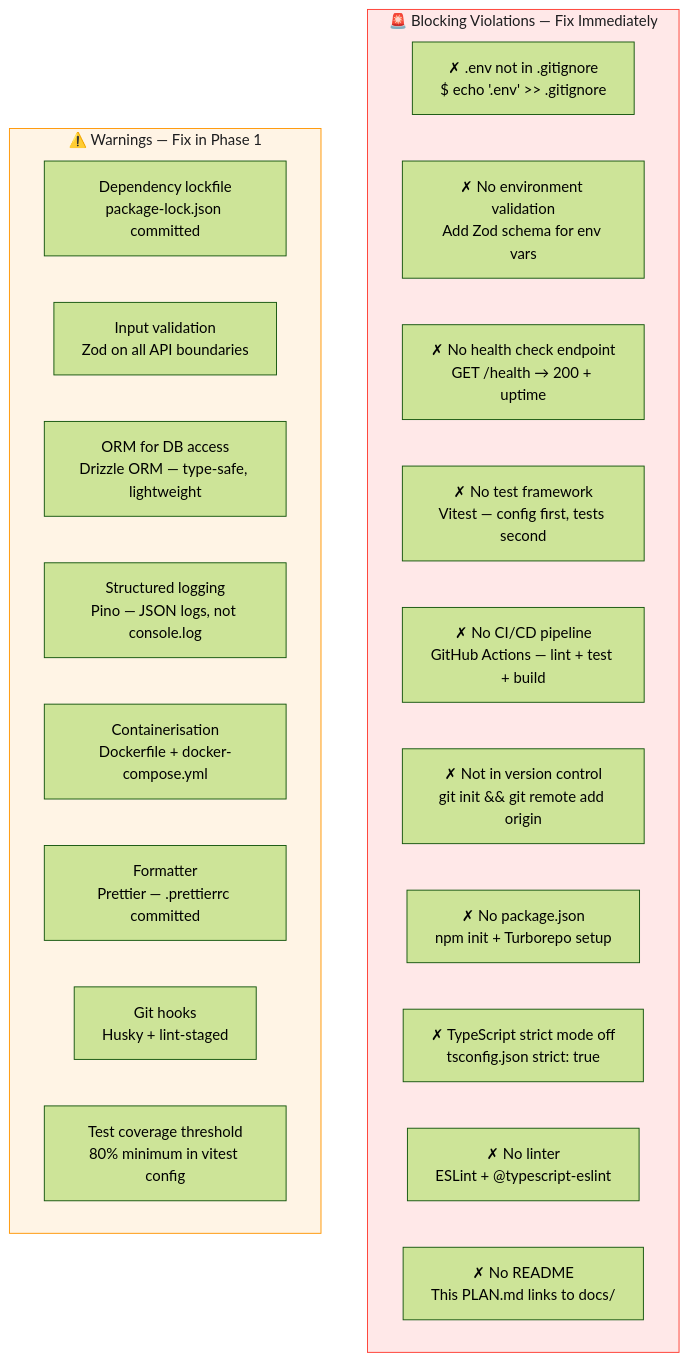
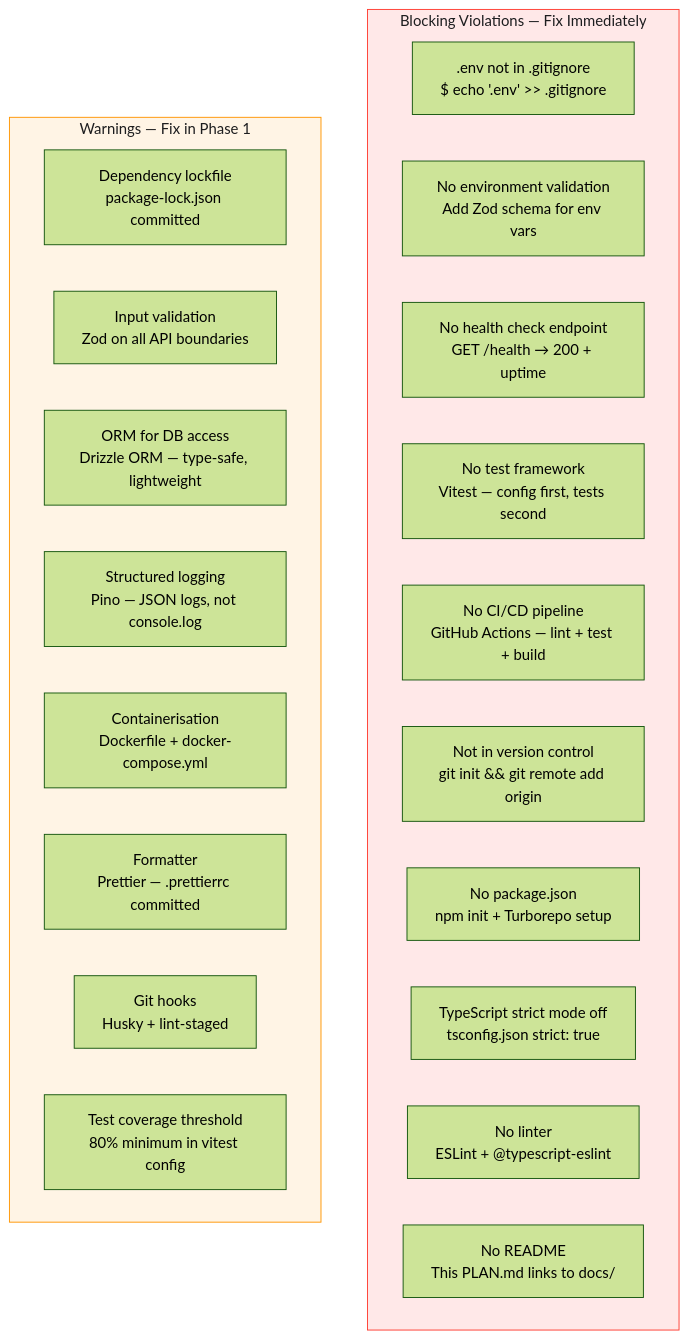
Before and after one commit to vishalm/hivehq: diagram 14 of 14 in PLAN.md, drawn with Mermaid (forest theme). The commit also changed other lines of this file and 6 other files, not shown here.

````diff
--- a/PLAN.md
+++ b/PLAN.md
@@ -702,29 +702,29 @@
 ```mermaid
 graph TD
-    subgraph BLOCK ["🚨 Blocking Violations — Fix Immediately"]
-        B1["✗ .env not in .gitignore\n$ echo '.env' >> .gitignore"]
-        B2["✗ No environment validation\nAdd Zod schema for env vars"]
-        B3["✗ No health check endpoint\nGET /health → 200 + uptime"]
-        B4["✗ No test framework\nVitest — config first, tests second"]
-        B5["✗ No CI/CD pipeline\nGitHub Actions — lint + test + build"]
-        B6["✗ Not in version control\ngit init && git remote add origin"]
-        B7["✗ No package.json\nnpm init + Turborepo setup"]
-        B8["✗ TypeScript strict mode off\ntsconfig.json strict: true"]
-        B9["✗ No linter\nESLint + @typescript-eslint"]
-        B10["✗ No README\nThis PLAN.md links to docs/"]
+    subgraph BLOCK ["Blocking Violations — Fix Immediately"]
+        B1[".env not in .gitignore\n$ echo '.env' >> .gitignore"]
+        B2["No environment validation\nAdd Zod schema for env vars"]
+        B3["No health check endpoint\nGET /health → 200 + uptime"]
+        B4["No test framework\nVitest — config first, tests second"]
+        B5["No CI/CD pipeline\nGitHub Actions — lint + test + build"]
+        B6["Not in version control\ngit init && git remote add origin"]
+        B7["No package.json\nnpm init + Turborepo setup"]
+        B8["TypeScript strict mode off\ntsconfig.json strict: true"]
+        B9["No linter\nESLint + @typescript-eslint"]
+        B10["No README\nThis PLAN.md links to docs/"]
     end
 
-    subgraph WARN ["⚠️  Warnings — Fix in Phase 1"]
+    subgraph WARN ["Warnings — Fix in Phase 1"]
         W1["Dependency lockfile\npackage-lock.json committed"]
         W2["Input validation\nZod on all API boundaries"]
         W3["ORM for DB access\nDrizzle ORM — type-safe, lightweight"]
         W4["Structured logging\nPino — JSON logs, not console.log"]
         W5["Containerisation\nDockerfile + docker-compose.yml"]
         W6["Formatter\nPrettier — .prettierrc committed"]
         W7["Git hooks\nHusky + lint-staged"]
         W8["Test coverage threshold\n80% minimum in vitest config"]
     end
 
     style BLOCK fill:#FFE8E8,stroke:#FF3B30,color:#1D1D1F
     style WARN fill:#FFF4E5,stroke:#FF9500,color:#1D1D1F
 ```
````
